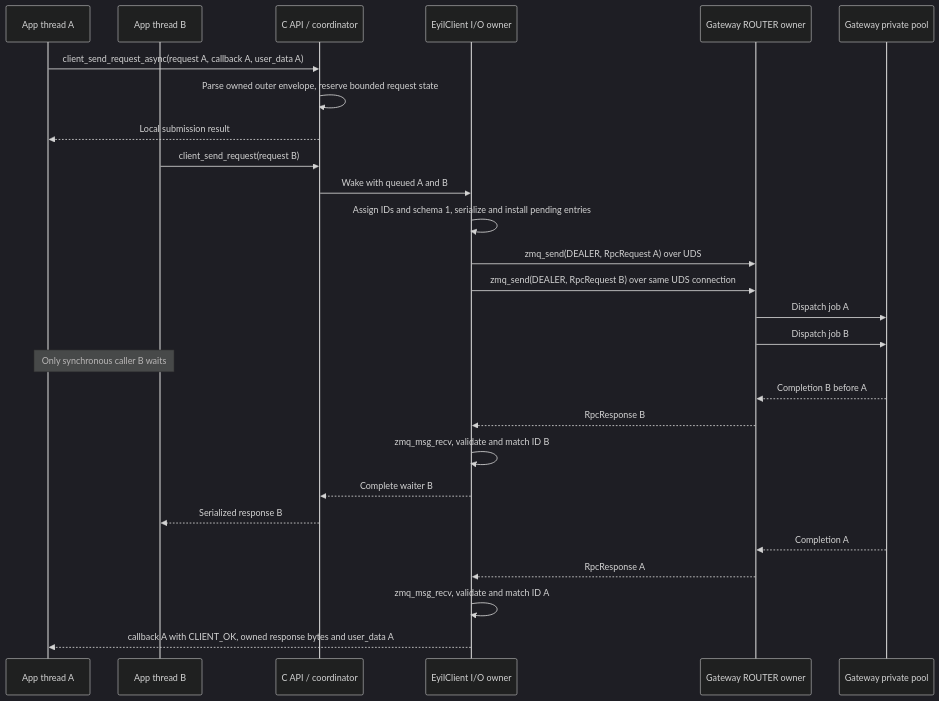
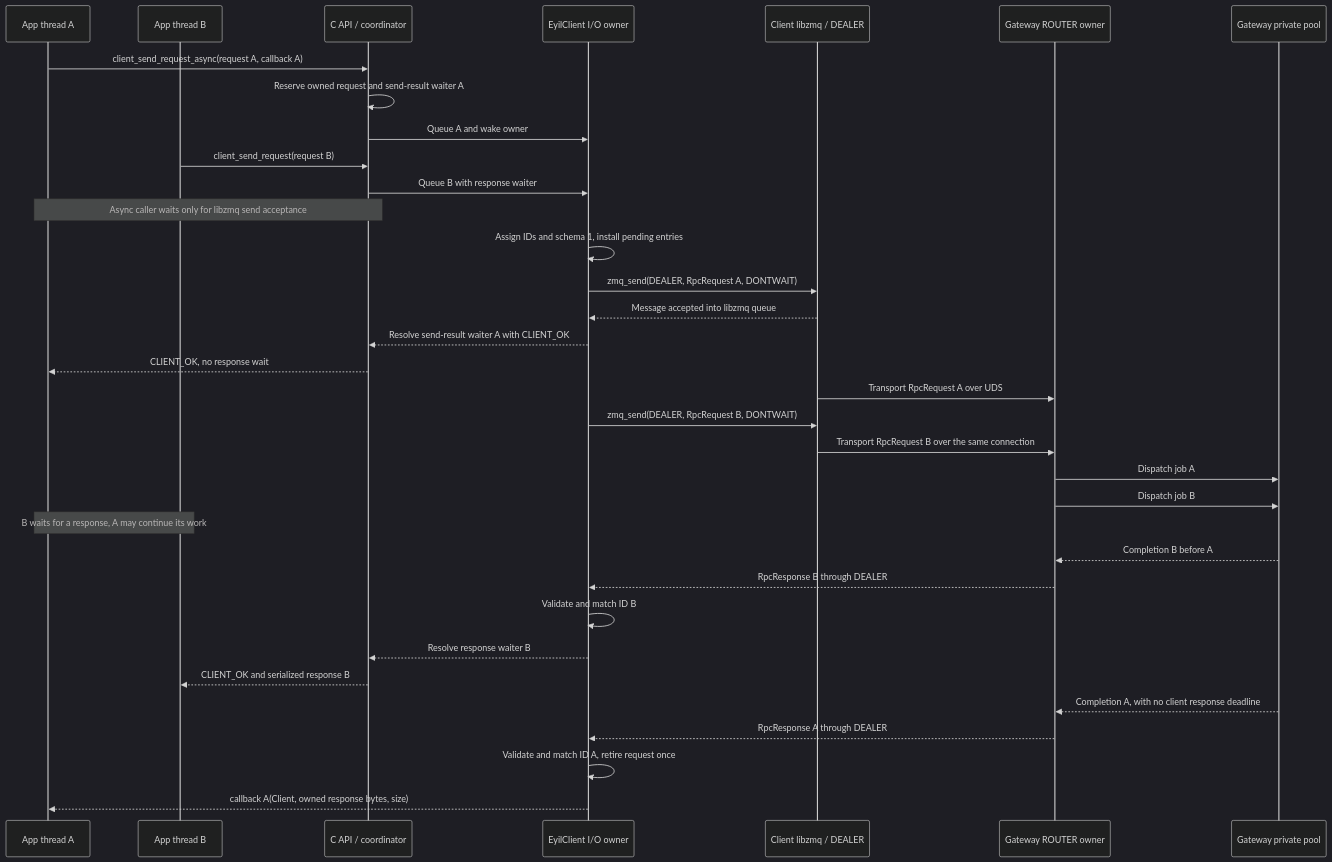
Before and after one commit to rdkcentral/eyil-secure-gateway: the third of 29 diagrams in doc/EyilSecureGateway.md, drawn with Mermaid (dark theme). The commit also changed other lines of this file, not shown here.

````diff
--- a/doc/EyilSecureGateway.md
+++ b/doc/EyilSecureGateway.md
@@ -689,29 +695,36 @@
 ```mermaid
 sequenceDiagram
     participant A as App thread A
     participant B as App thread B
     participant API as C API / coordinator
     participant IO as EyilClient I/O owner
+    participant Z as Client libzmq / DEALER
     participant GW as Gateway ROUTER owner
     participant W as Gateway private pool
-    A->>API: client_send_request_async(request A, callback A, user_data A)
-    API->>API: Parse owned outer envelope, reserve bounded request state
-    API-->>A: Local submission result
+    A->>API: client_send_request_async(request A, callback A)
+    API->>API: Reserve owned request and send-result waiter A
+    API->>IO: Queue A and wake owner
     B->>API: client_send_request(request B)
-    API->>IO: Wake with queued A and B
-    IO->>IO: Assign IDs and schema 1, serialize and install pending entries
-    IO->>GW: zmq_send(DEALER, RpcRequest A) over UDS
-    IO->>GW: zmq_send(DEALER, RpcRequest B) over same UDS connection
+    API->>IO: Queue B with response waiter
+    Note over A,API: Async caller waits only for libzmq send acceptance
+    IO->>IO: Assign IDs and schema 1, install pending entries
+    IO->>Z: zmq_send(DEALER, RpcRequest A, DONTWAIT)
+    Z-->>IO: Message accepted into libzmq queue
+    IO-->>API: Resolve send-result waiter A with CLIENT_OK
+    API-->>A: CLIENT_OK, no response wait
+    Z->>GW: Transport RpcRequest A over UDS
+    IO->>Z: zmq_send(DEALER, RpcRequest B, DONTWAIT)
+    Z->>GW: Transport RpcRequest B over the same connection
     GW->>W: Dispatch job A
     GW->>W: Dispatch job B
-    Note over A,B: Only synchronous caller B waits
+    Note over A,B: B waits for a response, A may continue its work
     W-->>GW: Completion B before A
-    GW-->>IO: RpcResponse B
-    IO->>IO: zmq_msg_recv, validate and match ID B
-    IO-->>API: Complete waiter B
-    API-->>B: Serialized response B
-    W-->>GW: Completion A
-    GW-->>IO: RpcResponse A
-    IO->>IO: zmq_msg_recv, validate and match ID A
-    IO-->>A: callback A with CLIENT_OK, owned response bytes and user_data A
+    GW-->>IO: RpcResponse B through DEALER
+    IO->>IO: Validate and match ID B
+    IO-->>API: Resolve response waiter B
+    API-->>B: CLIENT_OK and serialized response B
+    W-->>GW: Completion A, with no client response deadline
+    GW-->>IO: RpcResponse A through DEALER
+    IO->>IO: Validate and match ID A, retire request once
+    IO-->>A: callback A(Client, owned response bytes, size)
 ```
````
